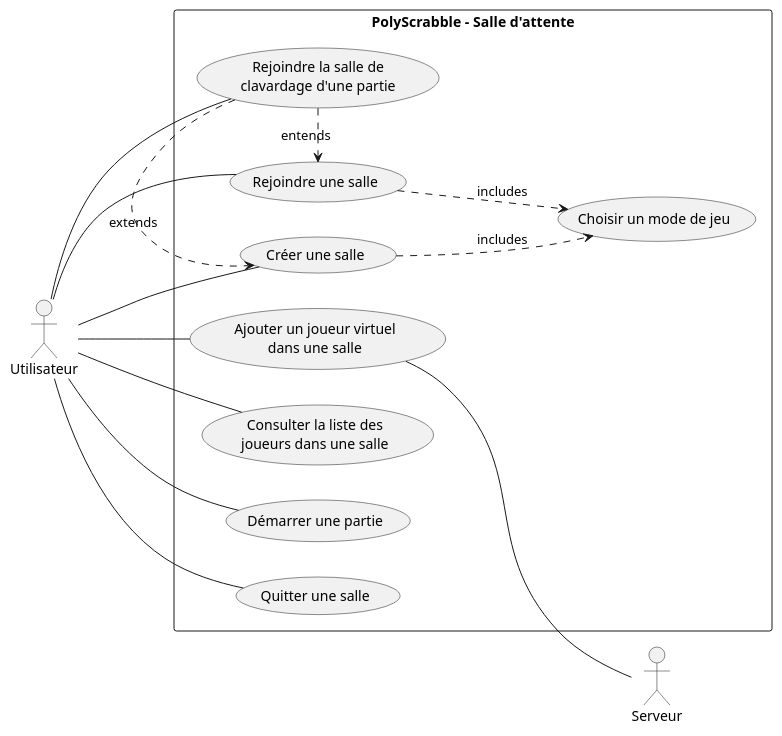
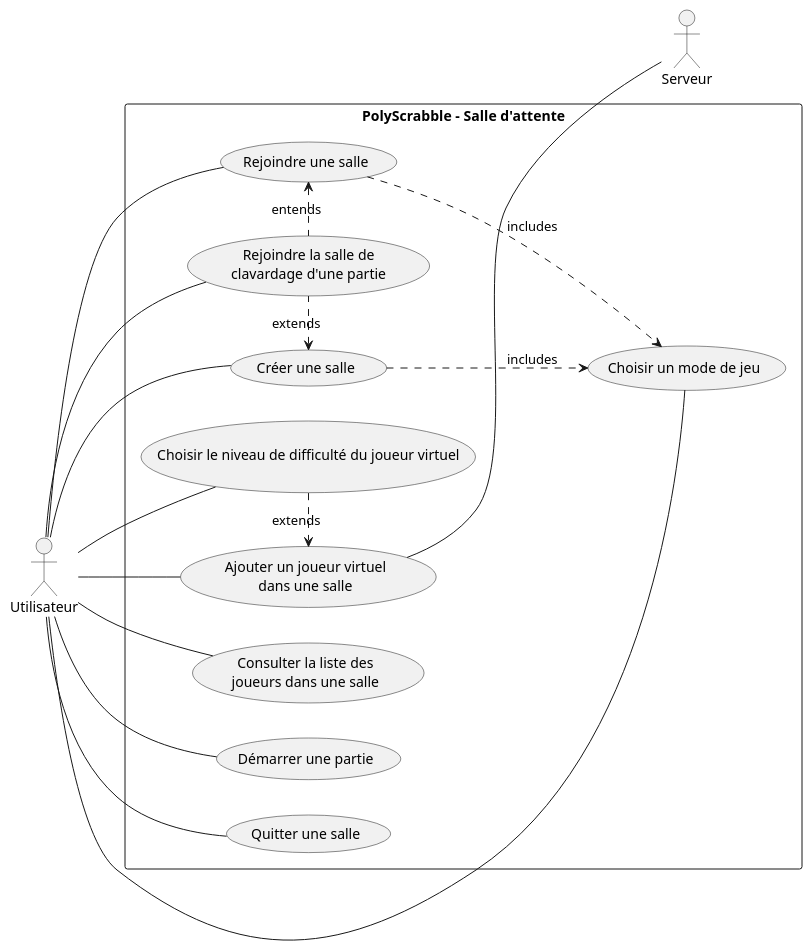
One commit to yasskadd/Scrabble changed the fifth of 16 diagrams in doc/LOG3900-110_Architecture_Logiciel.md. Above: the diagram before and after it, drawn with PlantUML. The commit also changed other lines of this file, not shown here.

Commit message:
more UML

```diff
--- a/doc/LOG3900-110_Architecture_Logiciel.md
+++ b/doc/LOG3900-110_Architecture_Logiciel.md
@@ -139,34 +159,38 @@
 @startuml
 
 left to right direction
 
 actor Utilisateur as user
 actor Serveur as server
 
 rectangle "PolyScrabble - Salle d'attente" {
+usecase "Ajouter un joueur virtuel\ndans une salle" as UC5
+usecase "Choisir le niveau de difficulté du joueur virtuel" as UC8
+usecase "Choisir un mode de jeu" as UC3
 usecase "Rejoindre une salle" as UC1
+usecase "Rejoindre la salle de\nclavardage d'une partie" as UC9
 usecase "Créer une salle" as UC2
-usecase "Rejoindre la salle de\nclavardage d'une partie" as UC9
-usecase "Ajouter un joueur virtuel\ndans une salle" as UC5
-usecase "Choisir un mode de jeu" as UC3
 usecase "Consulter la liste des\njoueurs dans une salle" as UC4
 usecase "Démarrer une partie" as UC6
 usecase "Quitter une salle" as UC7
 }
 
 user -- UC1
 user -- UC2
 UC1 ..> UC3 : includes
 UC2 ..> UC3 : includes
-UC9 .> UC1 : entends
-UC9 .> UC2 : extends
+UC9 .l.> UC1 : entends
+UC9 .l.> UC2 : extends
+UC8 .> UC5 : extends
 
+user - UC3
 user -- UC4
 user -- UC5
 user -- UC6
 user -- UC7
 user -- UC9
+user -- UC8
 
 UC5 -- server
 
 @enduml
```
